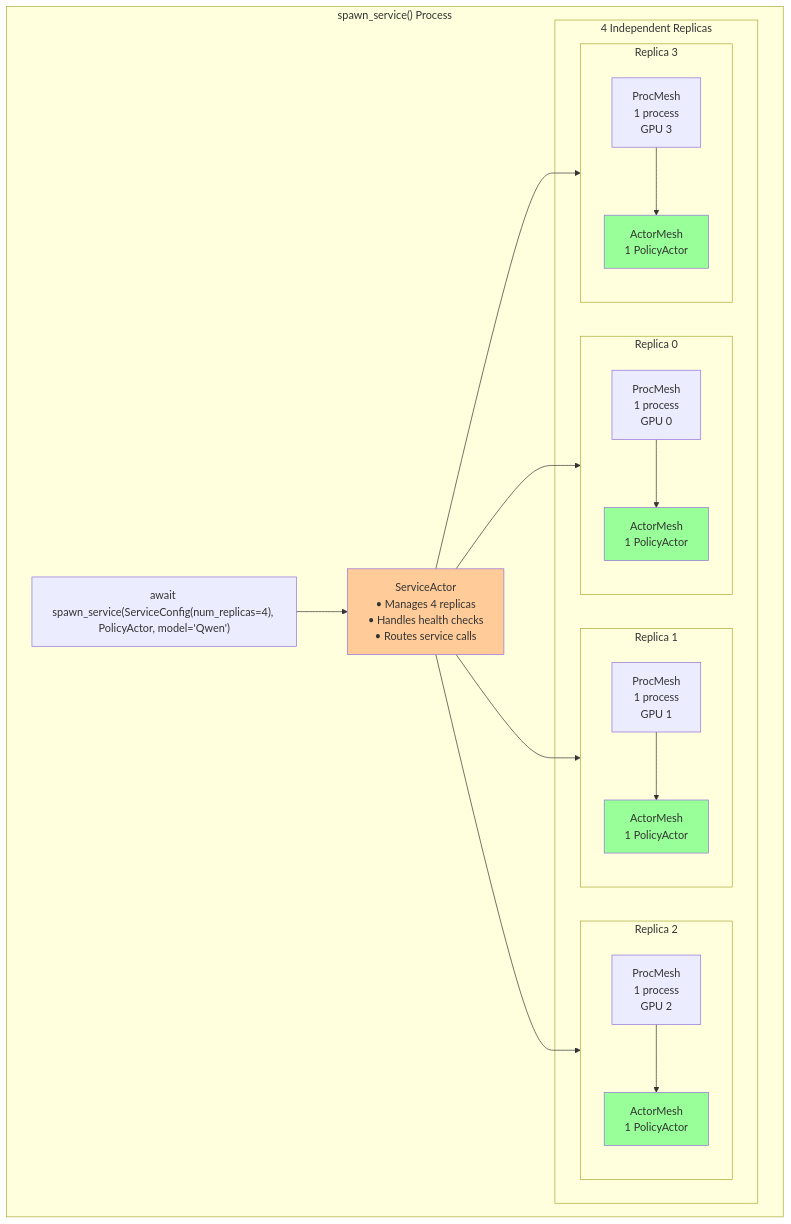
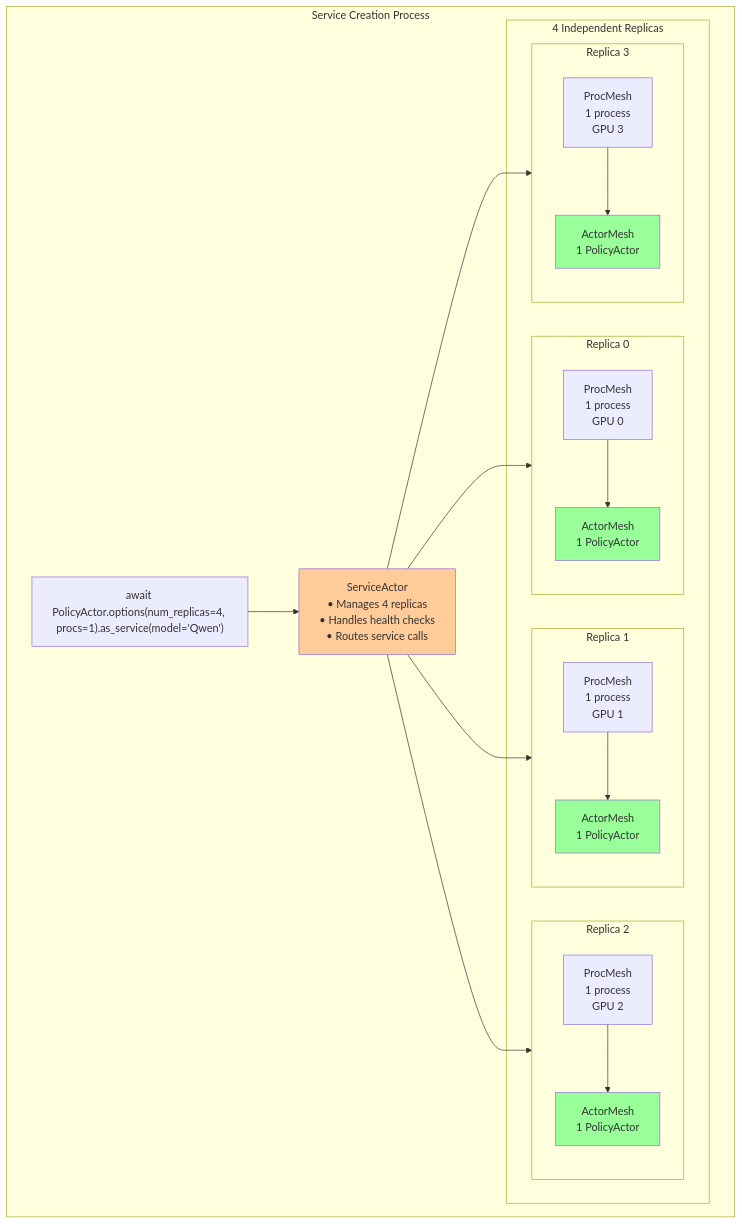
The sixth of 8 diagrams in docs/Tutorials/3_Monarch_101.MD (meta-pytorch/torchforge), drawn with Mermaid before and after one commit. The commit also changed other lines of this file and 2 other files, not shown here.

````diff
--- a/docs/Tutorials/3_Monarch_101.MD
+++ b/docs/Tutorials/3_Monarch_101.MD
@@ -274,46 +274,46 @@
 ```mermaid
 graph TD
-    subgraph ServiceCreation["spawn_service() Process"]
-        Call["await spawn_service(ServiceConfig(num_replicas=4), PolicyActor, model='Qwen')"]
+    subgraph ServiceCreation["Service Creation Process"]
+        Call["await PolicyActor.options(num_replicas=4, procs=1).as_service(model='Qwen')"]
 
         ServiceActor["ServiceActor<br/>• Manages 4 replicas<br/>• Handles health checks<br/>• Routes service calls"]
 
         subgraph Replicas["4 Independent Replicas"]
             subgraph R0["Replica 0"]
                 PM0["ProcMesh<br/>1 process<br/>GPU 0"]
                 AM0["ActorMesh<br/>1 PolicyActor"]
             end
 
             subgraph R1["Replica 1"]
                 PM1["ProcMesh<br/>1 process<br/>GPU 1"]
                 AM1["ActorMesh<br/>1 PolicyActor"]
             end
 
             subgraph R2["Replica 2"]
                 PM2["ProcMesh<br/>1 process<br/>GPU 2"]
                 AM2["ActorMesh<br/>1 PolicyActor"]
             end
 
             subgraph R3["Replica 3"]
                 PM3["ProcMesh<br/>1 process<br/>GPU 3"]
                 AM3["ActorMesh<br/>1 PolicyActor"]
             end
         end
 
         Call --> ServiceActor
         ServiceActor --> R0
         ServiceActor --> R1
         ServiceActor --> R2
         ServiceActor --> R3
         PM0 --> AM0
         PM1 --> AM1
         PM2 --> AM2
         PM3 --> AM3
     end
 
     style ServiceActor fill:#ffcc99
     style AM0 fill:#99ff99
     style AM1 fill:#99ff99
     style AM2 fill:#99ff99
     style AM3 fill:#99ff99
 ```
````
